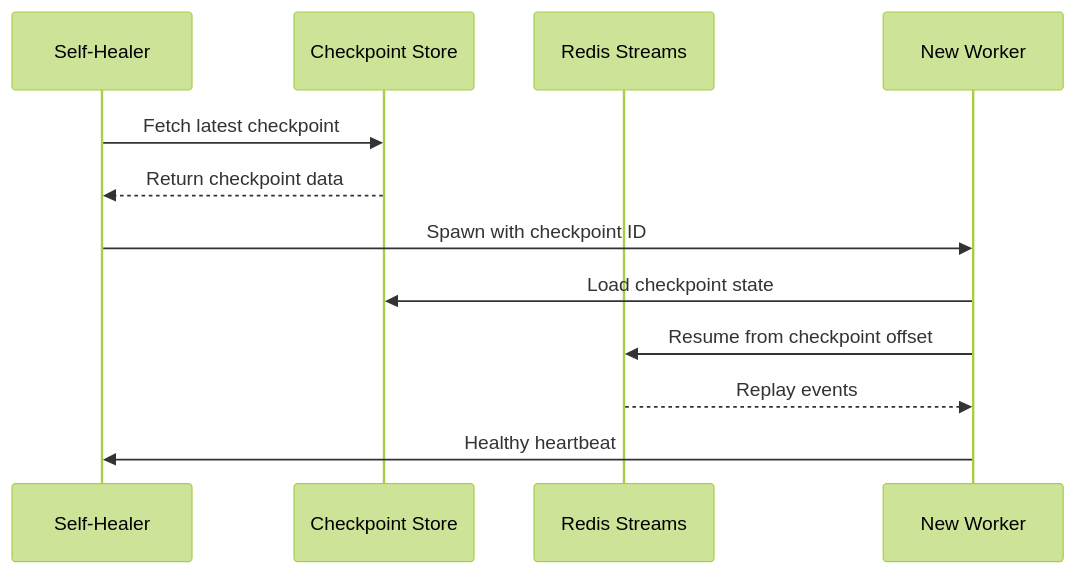
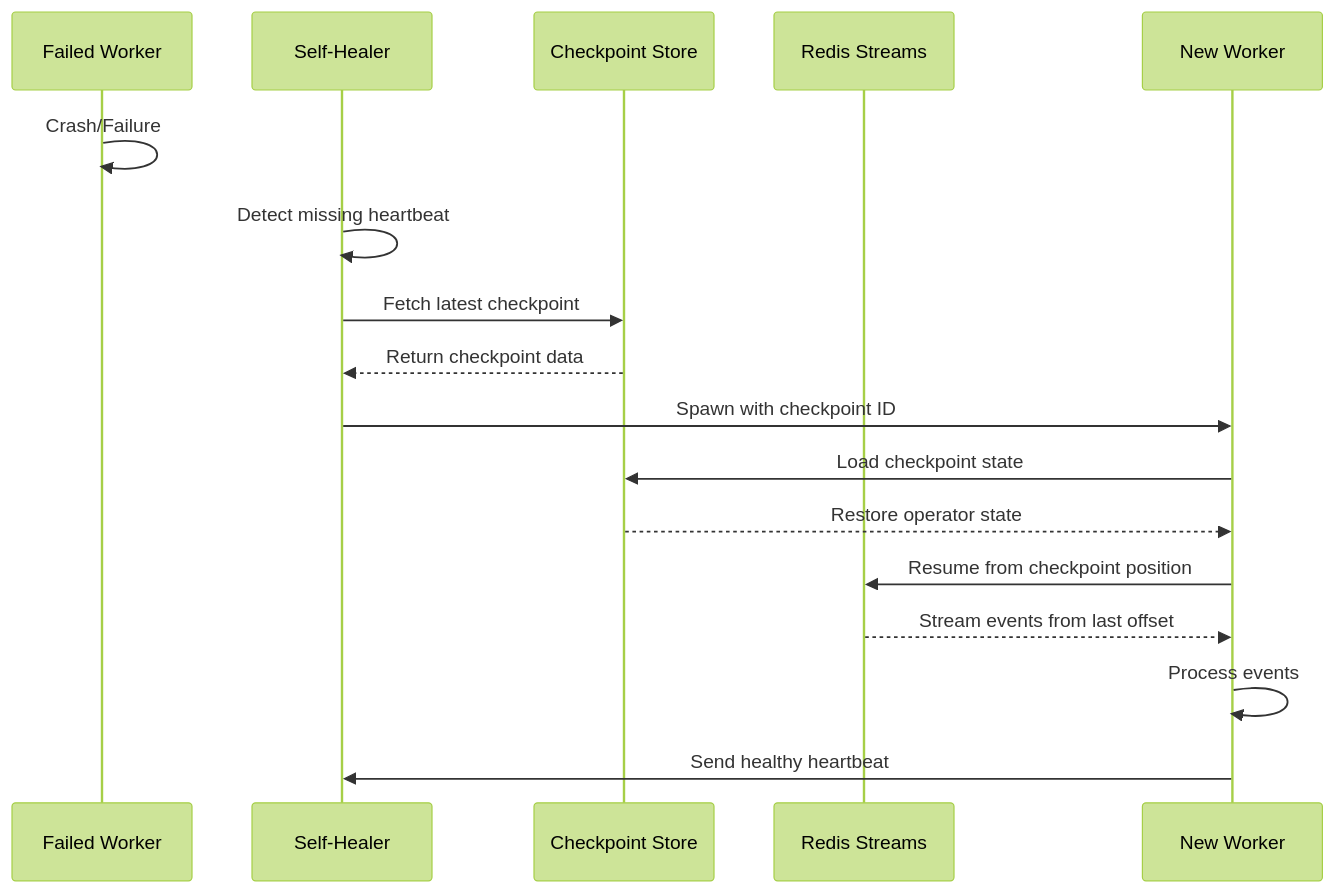
Before and after one commit to rathinadev/Flowstorm: the sixth of 22 diagrams in backend/docs/ARCHITECTURE.md, drawn with Mermaid (forest theme). The commit also changed other lines of this file, not shown here.

First line of the commit message:
Update backend ARCHITECTURE.md with additional Mermaid diagrams

````diff
--- a/backend/docs/ARCHITECTURE.md
+++ b/backend/docs/ARCHITECTURE.md
@@ -187,14 +201,19 @@
 ```mermaid
 sequenceDiagram
+    participant Worker as Failed Worker
     participant Healer as Self-Healer
     participant Store as Checkpoint Store
     participant Redis as Redis Streams
-    participant New as New Worker
+    participant NewWorker as New Worker
+    Worker->>Worker: Crash/Failure
+    Healer->>Healer: Detect missing heartbeat
     Healer->>Store: Fetch latest checkpoint
     Store-->>Healer: Return checkpoint data
-    Healer->>New: Spawn with checkpoint ID
-    New->>Store: Load checkpoint state
-    New->>Redis: Resume from checkpoint offset
-    Redis-->>New: Replay events
-    New->>Healer: Healthy heartbeat
+    Healer->>NewWorker: Spawn with checkpoint ID
+    NewWorker->>Store: Load checkpoint state
+    Store-->>NewWorker: Restore operator state
+    NewWorker->>Redis: Resume from checkpoint position
+    Redis-->>NewWorker: Stream events from last offset
+    NewWorker->>NewWorker: Process events
+    NewWorker->>Healer: Send healthy heartbeat
 ```
````
